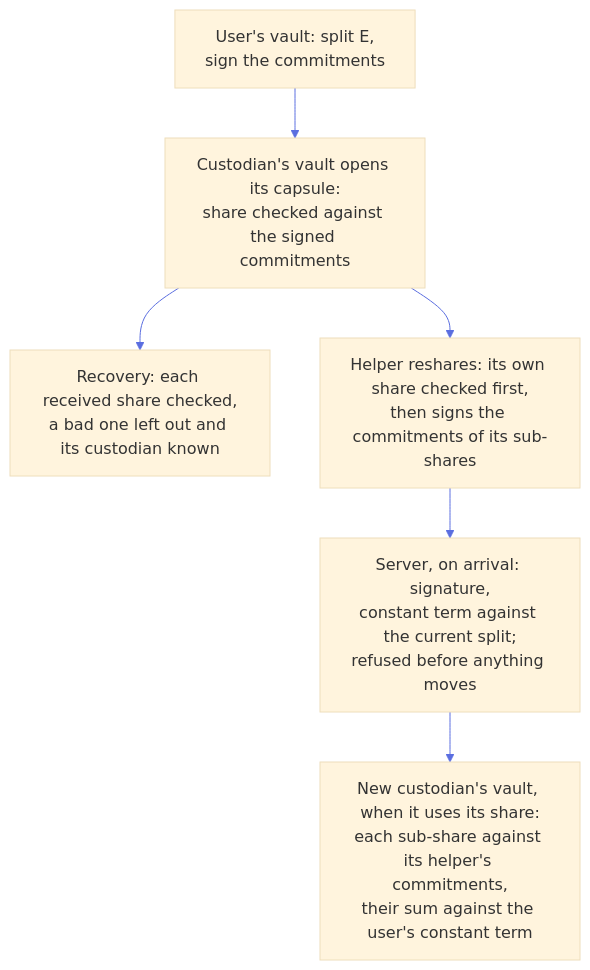
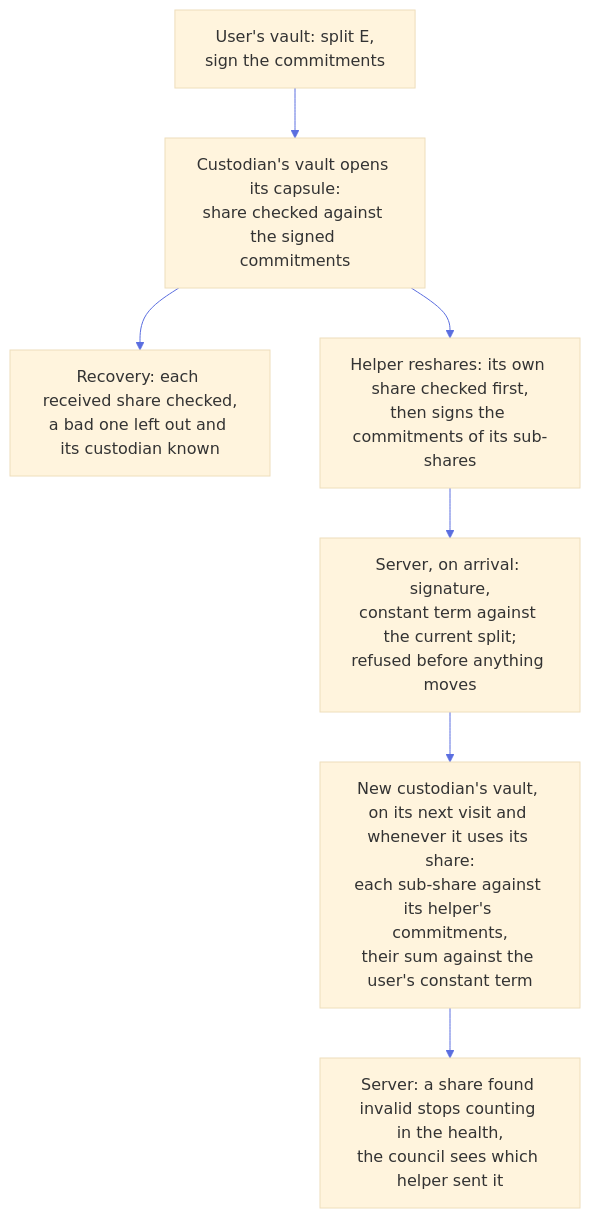
Before and after one commit to suitenumerique/encryption: the fourth of 22 diagrams in shamir.md, drawn with Mermaid. The commit also changed other lines of this file and 75 other files, not shown here.

````diff
--- a/shamir.md
+++ b/shamir.md
@@ -268,9 +268,10 @@
 ```mermaid
 %%{init: {'theme':'base','look':'classic','themeVariables':{'lineColor':'#5b6ee0','edgeLabelBackground':'#ffffff','clusterBkg':'#f5f7ff','clusterBorder':'#9aa7e8','titleColor':'#1a1a2e'},'themeCSS':'.edgeLabel p{background-color:#ffffff;color:#444;font-style:italic;border:1px solid #b5b5b5;padding:2px 8px;border-radius:10px;margin:0;} .edgeLabel .labelBkg{background:transparent;}'}}%%
 flowchart TB
   U[User's vault: split E,<br/>sign the commitments] --> C1[Custodian's vault opens its capsule:<br/>share checked against the signed commitments]
   C1 --> R1[Recovery: each received share checked,<br/>a bad one left out and its custodian known]
   C1 --> H[Helper reshares: its own share checked first,<br/>then signs the commitments of its sub-shares]
   H --> S[Server, on arrival: signature,<br/>constant term against the current split;<br/>refused before anything moves]
-  S --> N[New custodian's vault, when it uses its share:<br/>each sub-share against its helper's commitments,<br/>their sum against the user's constant term]
+  S --> N[New custodian's vault, on its next visit and whenever it uses its share:<br/>each sub-share against its helper's commitments,<br/>their sum against the user's constant term]
+  N --> F[Server: a share found invalid stops counting in the health,<br/>the council sees which helper sent it]
 ```
````
